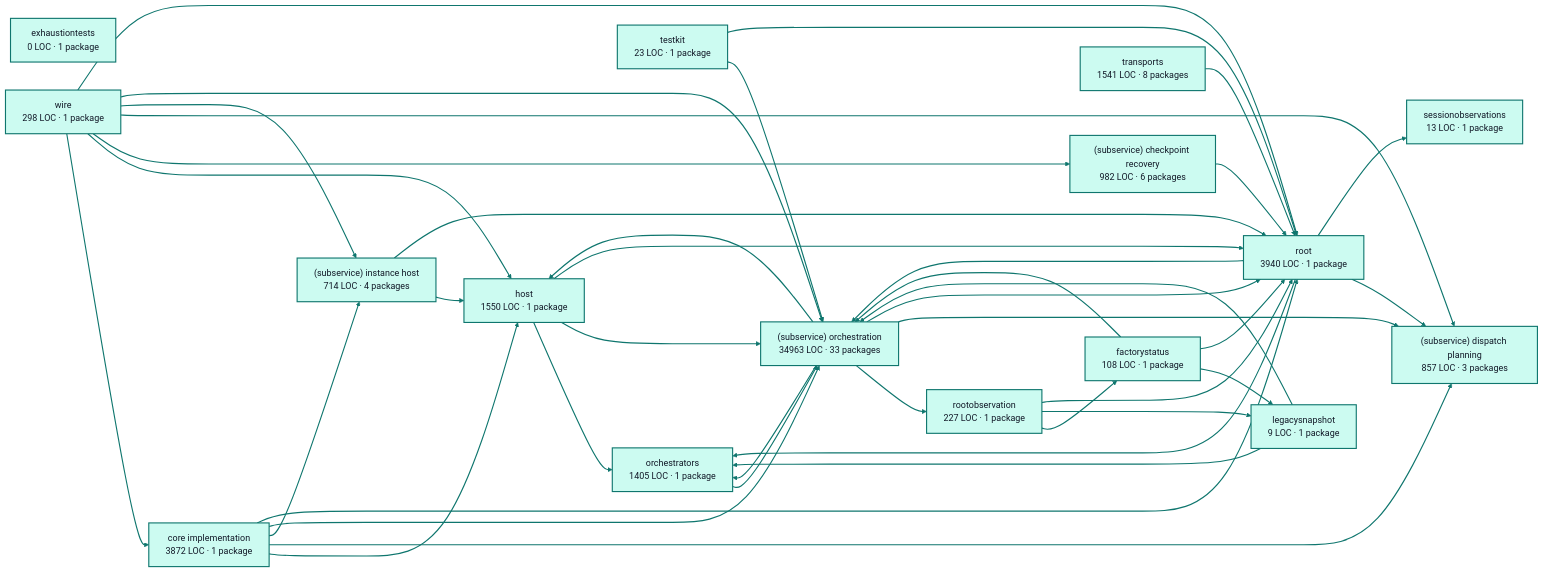
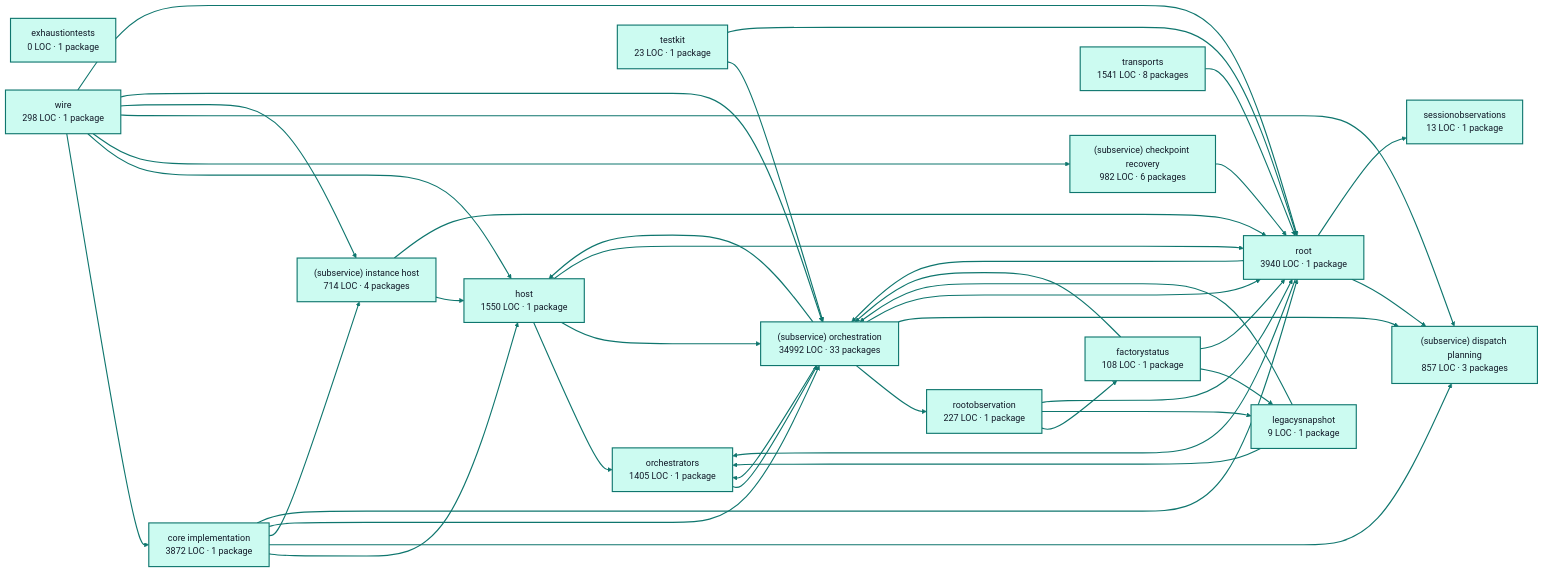
The diagram in docs/architecture/visualizations/services/factory_runtime.md (portpowered/you-agent-factory), drawn with Mermaid (forest theme) before and after one commit. The commit also changed other lines of this file and 20 other files, not shown here.

Commit message:
docs: refresh backend architecture visualizations

````diff
--- a/docs/architecture/visualizations/services/factory_runtime.md
+++ b/docs/architecture/visualizations/services/factory_runtime.md
@@ -11,75 +11,75 @@
 ```mermaid
 flowchart LR
   p0["core implementation<br/>3872 LOC · 1 package"]
   p1["exhaustiontests<br/>0 LOC · 1 package"]
   p2["factorystatus<br/>108 LOC · 1 package"]
   p3["host<br/>1550 LOC · 1 package"]
   p4["legacysnapshot<br/>9 LOC · 1 package"]
   p5["orchestrators<br/>1405 LOC · 1 package"]
   p6["rootobservation<br/>227 LOC · 1 package"]
   p7["(subservice) checkpoint recovery<br/>982 LOC · 6 packages"]
   p8["(subservice) dispatch planning<br/>857 LOC · 3 packages"]
   p9["(subservice) instance host<br/>714 LOC · 4 packages"]
-  p10["(subservice) orchestration<br/>34963 LOC · 33 packages"]
+  p10["(subservice) orchestration<br/>34992 LOC · 33 packages"]
   p11["sessionobservations<br/>13 LOC · 1 package"]
   p12["testkit<br/>23 LOC · 1 package"]
   p13["root<br/>3940 LOC · 1 package"]
   p14["transports<br/>1541 LOC · 8 packages"]
   p15["wire<br/>298 LOC · 1 package"]
   p0 --> p3
   p0 --> p8
   p0 --> p9
   p0 --> p10
   p0 --> p13
   p2 --> p4
   p2 --> p10
   p2 --> p13
   p3 --> p5
   p3 --> p10
   p3 --> p13
   p4 --> p5
   p4 --> p10
   p5 --> p10
   p6 --> p2
   p6 --> p4
   p6 --> p13
   p7 --> p13
   p9 --> p3
   p9 --> p13
   p10 --> p3
   p10 --> p5
   p10 --> p6
   p10 --> p8
   p10 --> p13
   p12 --> p10
   p12 --> p13
   p13 --> p5
   p13 --> p8
   p13 --> p10
   p13 --> p11
   p14 --> p13
   p15 --> p0
   p15 --> p3
   p15 --> p7
   p15 --> p8
   p15 --> p9
   p15 --> p10
   p15 --> p13
   style p0 fill:#ccfbf1,stroke:#0f766e,stroke-width:2px,color:#111827
   style p1 fill:#ccfbf1,stroke:#0f766e,stroke-width:2px,color:#111827
   style p2 fill:#ccfbf1,stroke:#0f766e,stroke-width:2px,color:#111827
   style p3 fill:#ccfbf1,stroke:#0f766e,stroke-width:2px,color:#111827
   style p4 fill:#ccfbf1,stroke:#0f766e,stroke-width:2px,color:#111827
   style p5 fill:#ccfbf1,stroke:#0f766e,stroke-width:2px,color:#111827
   style p6 fill:#ccfbf1,stroke:#0f766e,stroke-width:2px,color:#111827
   style p7 fill:#ccfbf1,stroke:#0f766e,stroke-width:2px,color:#111827
   style p8 fill:#ccfbf1,stroke:#0f766e,stroke-width:2px,color:#111827
   style p9 fill:#ccfbf1,stroke:#0f766e,stroke-width:2px,color:#111827
   style p10 fill:#ccfbf1,stroke:#0f766e,stroke-width:2px,color:#111827
   style p11 fill:#ccfbf1,stroke:#0f766e,stroke-width:2px,color:#111827
   style p12 fill:#ccfbf1,stroke:#0f766e,stroke-width:2px,color:#111827
   style p13 fill:#ccfbf1,stroke:#0f766e,stroke-width:2px,color:#111827
   style p14 fill:#ccfbf1,stroke:#0f766e,stroke-width:2px,color:#111827
   style p15 fill:#ccfbf1,stroke:#0f766e,stroke-width:2px,color:#111827
   linkStyle default stroke:#0f766e,stroke-width:2px
 ```
````
